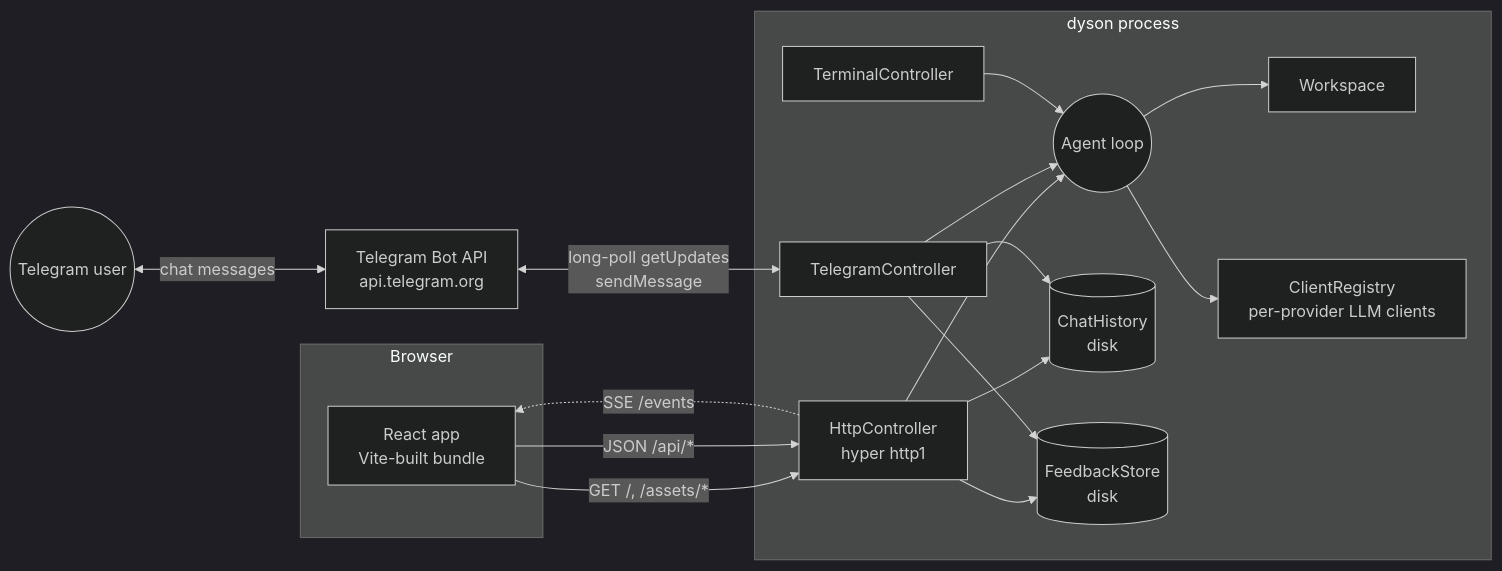
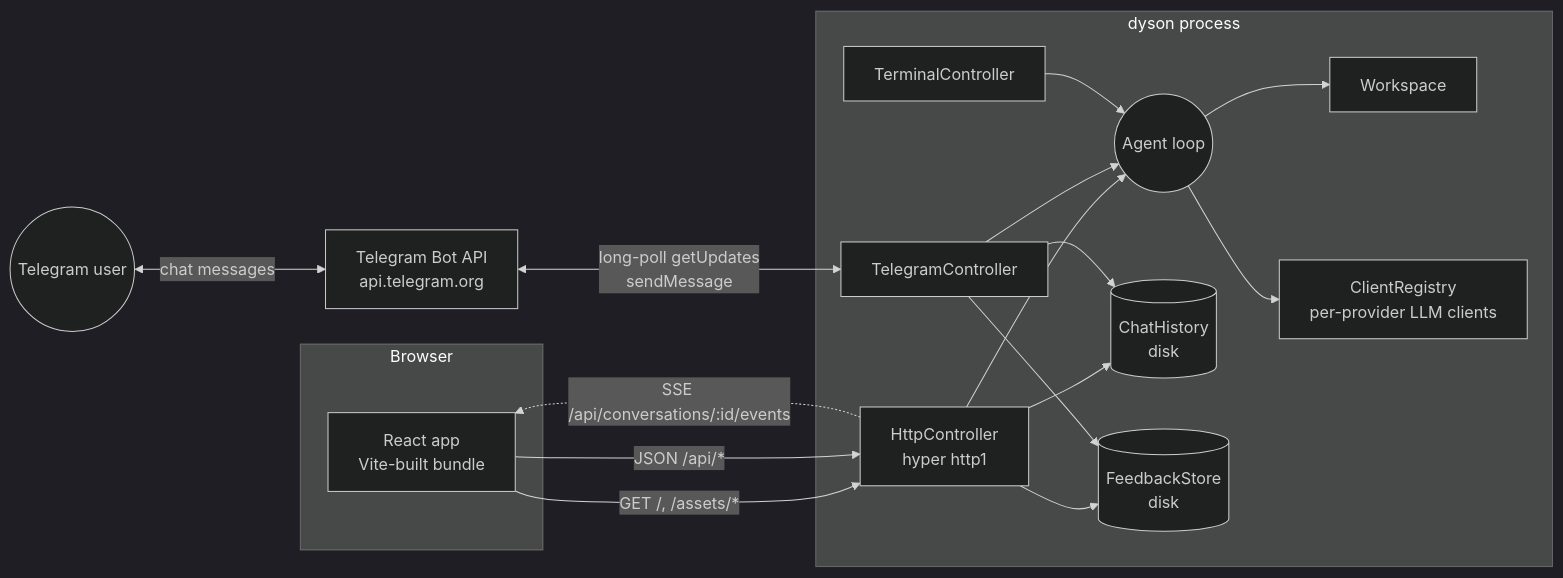
Before and after one commit to JonCooperWorks/dyson: the first of 6 diagrams in docs/web.md, drawn with Mermaid (dark theme). The commit also changed other lines of this file and 15 other files, not shown here.

````diff
--- a/docs/web.md
+++ b/docs/web.md
@@ -25,37 +44,37 @@
 ```mermaid
 flowchart LR
   subgraph Browser
     UI["React app<br>Vite-built bundle"]
   end
 
   TGUser(("Telegram user"))
   TGAPI["Telegram Bot API<br>api.telegram.org"]
 
   subgraph Dyson["dyson process"]
     HC["HttpController<br>hyper http1"]
     TG[TelegramController]
     TM[TerminalController]
     AG((Agent loop))
     CH[("ChatHistory<br>disk")]
     FB[("FeedbackStore<br>disk")]
     WS[Workspace]
     REG["ClientRegistry<br>per-provider LLM clients"]
   end
 
   UI -- "GET /, /assets/*" --> HC
   UI -- "JSON /api/*" --> HC
-  HC -. "SSE /events" .-> UI
+  HC -.->|"SSE /api/conversations/:id/events"| UI
 
   TGUser <-- "chat messages" --> TGAPI
   TGAPI <-- "long-poll getUpdates<br>sendMessage" --> TG
 
   HC --> AG
   TG --> AG
   TM --> AG
   AG --> REG
   AG --> WS
   HC --> CH
   TG --> CH
   HC --> FB
   TG --> FB
 ```
````
